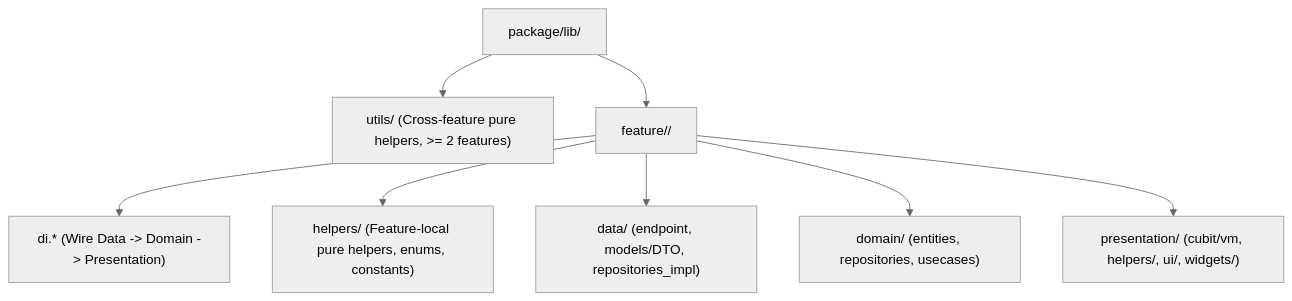
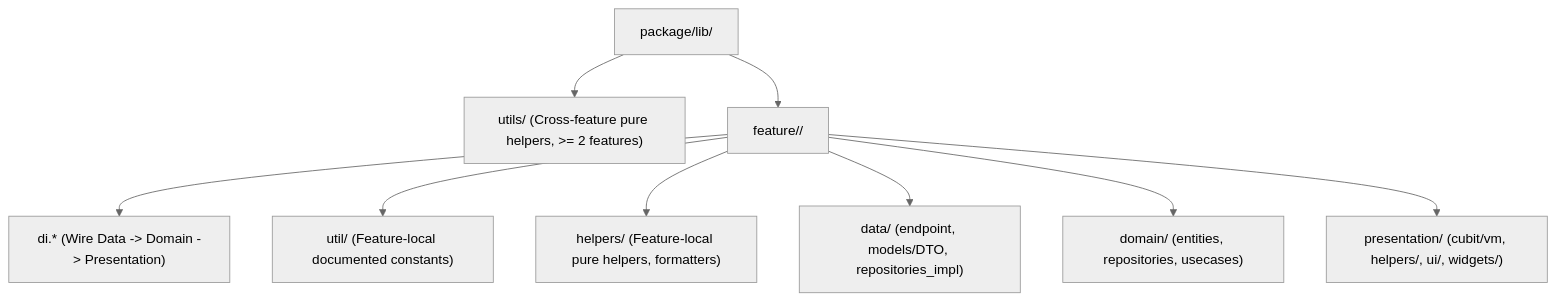
Before and after one commit to doducthanh95/coding-rules-agent: the third of 4 diagrams in README.md, drawn with Mermaid (neutral theme). The commit also changed other lines of this file and 5 other files, not shown here.

Commit message:
Add rule for documented constants in feature util folder

````diff
--- a/README.md
+++ b/README.md
@@ -73,10 +73,11 @@
 ```mermaid
 flowchart TD
     Pkg["package/lib/"] --> Utils["utils/ (Cross-feature pure helpers, >= 2 features)"]
     Pkg --> Feat["feature/<name>/"]
     Feat --> DI["di.* (Wire Data -> Domain -> Presentation)"]
-    Feat --> Helpers["helpers/ (Feature-local pure helpers, enums, constants)"]
+    Feat --> Util["util/ (Feature-local documented constants)"]
+    Feat --> Helpers["helpers/ (Feature-local pure helpers, formatters)"]
     Feat --> Data["data/ (endpoint, models/DTO, repositories_impl)"]
     Feat --> Domain["domain/ (entities, repositories, usecases)"]
     Feat --> Pres["presentation/ (cubit/vm, helpers/, ui/, widgets/)"]
 ```
````
